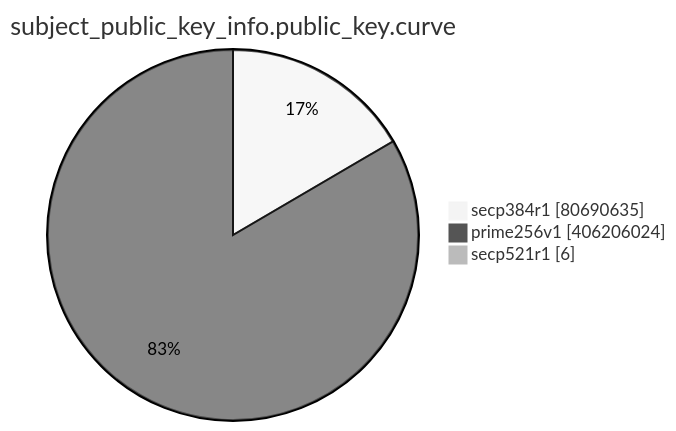
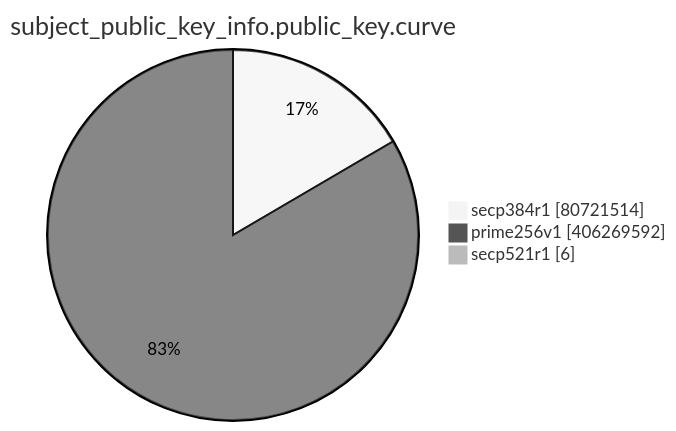
The eighth of 15 diagrams in TOTAL/README.md (christiankrug/ctmonitor_visualization), drawn with Mermaid (neutral theme) before and after one commit. The commit also changed other lines of this file, not shown here.

````diff
--- a/TOTAL/README.md
+++ b/TOTAL/README.md
@@ -3095,7 +3095,7 @@
 ```mermaid
 pie showData
 title subject_public_key_info.public_key.curve
-"secp384r1" :80690635
-"prime256v1" :406206024
+"secp384r1" :80721514
+"prime256v1" :406269592
 "secp521r1" :6
 ```
````
